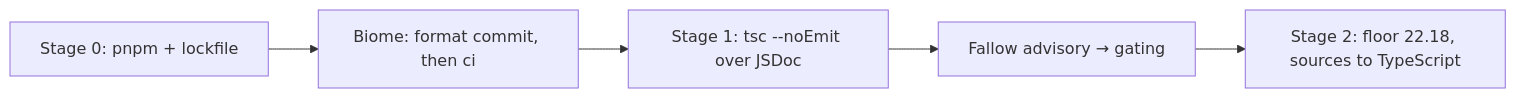
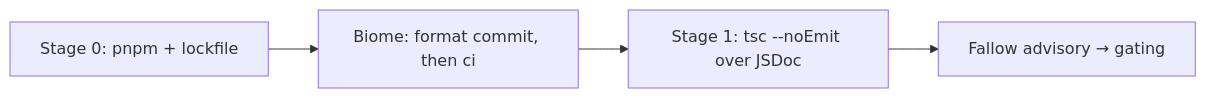
Before and after one commit to teratron/magic-spec: the diagram in .magicspec/engine/specifications/l2-engine-toolchain.md, drawn with Mermaid. The commit also changed other lines of this file and 78 other files, not shown here.

Commit message:
Add TypeScript configuration file for JavaScript support and project settings

````diff
--- a/.magicspec/engine/specifications/l2-engine-toolchain.md
+++ b/.magicspec/engine/specifications/l2-engine-toolchain.md
@@ -78,7 +84,6 @@
 ```mermaid
 graph LR
     A[Stage 0: pnpm + lockfile] --> B[Biome: format commit, then ci]
     B --> C[Stage 1: tsc --noEmit over JSDoc]
     C --> D[Fallow advisory → gating]
-    D --> E[Stage 2: floor 22.18, sources to TypeScript]
 ```
````
